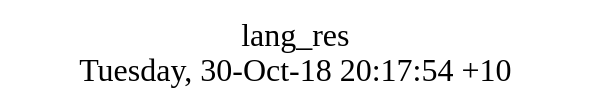
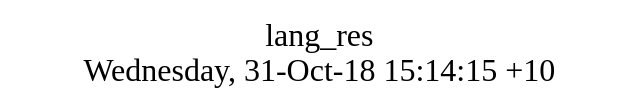
Before and after one commit to AplaProject/apps: the diagram in src/lang_res/struct.dot, drawn with Graphviz. The commit also changed 25 other files, not shown here.

```diff
--- a/src/lang_res/struct.dot
+++ b/src/lang_res/struct.dot
@@ -1,8 +1,8 @@
 digraph G {
 fontsize="24";
-label="lang_res\nTuesday, 30-Oct-18 20:17:54 +10";
+label="lang_res\nWednesday, 31-Oct-18 15:14:15 +10";
 nojustify=true;
 ordering=out;
 rankdir=LR;
 size="30";
 }
```
